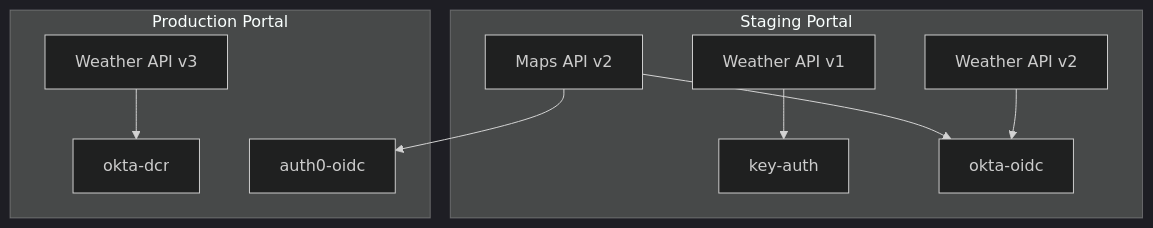
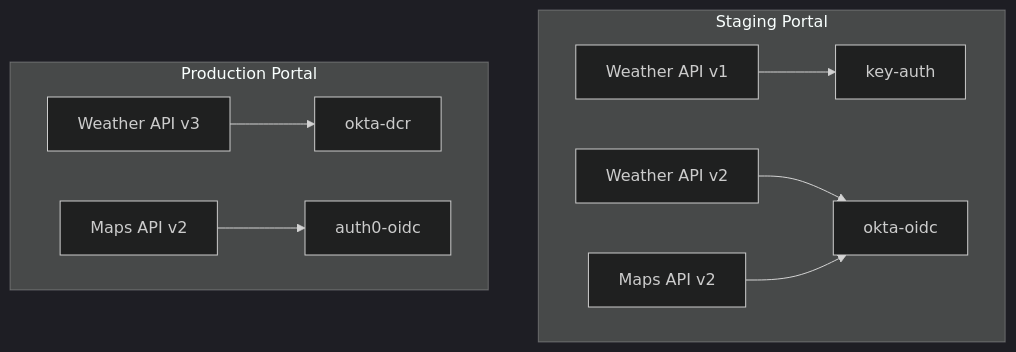
One commit to Kong/docs.konghq.com changed the diagram in app/konnect/dev-portal/applications/enable-app-reg.md. Above: the diagram before and after it, drawn with Mermaid (dark theme).

```diff
--- a/app/konnect/dev-portal/applications/enable-app-reg.md
+++ b/app/konnect/dev-portal/applications/enable-app-reg.md
@@ -17,13 +17,13 @@
 {% mermaid %}
 flowchart TB
     subgraph Staging Portal
     WeatherAPIv1["Weather API v1"] --> key-auth
     WeatherAPIv2["Weather API v2"] --> okta-oidc
-    MapsAPIv2["Maps API v2"] --> okta-oidc
+    MapsAPIv2-1["Maps API v2"] --> okta-oidc
     end
     subgraph Production Portal
     WeatherAPIv3["Weather API v3"] --> okta-dcr
-    MapsAPIv2["Maps API v2"] --> auth0-oidc
+    MapsAPIv2-2["Maps API v2"] --> auth0-oidc
     end
 
 {% endmermaid %}
```
